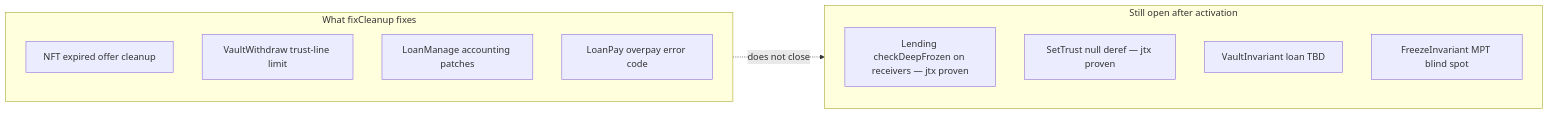
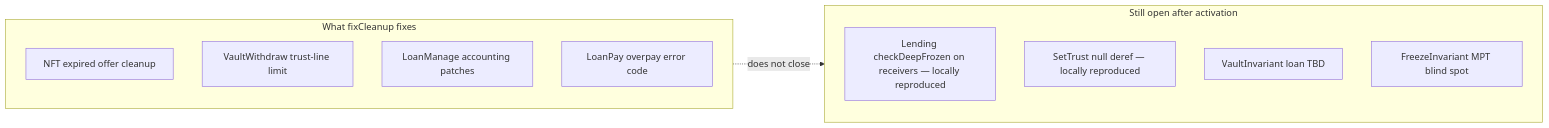
The sixth of 6 diagrams in _posts/2026-05-26-xrpl-rippled-open-p0-freeze-audit.md (agtico/agtico.github.io), drawn with Mermaid before and after one commit. The commit also changed other lines of this file and 1 other file, not shown here.

````diff
--- a/_posts/2026-05-26-xrpl-rippled-open-p0-freeze-audit.md
+++ b/_posts/2026-05-26-xrpl-rippled-open-p0-freeze-audit.md
@@ -301,18 +301,18 @@
 ```mermaid
 flowchart LR
   subgraph marketed [What fixCleanup fixes]
     direction TB
     MC1[NFT expired offer cleanup]
     MC2[VaultWithdraw trust-line limit]
     MC3[LoanManage accounting patches]
     MC4[LoanPay overpay error code]
   end
   subgraph stillopen [Still open after activation]
     direction TB
-    SO1[Lending checkDeepFrozen on receivers — jtx proven]
-    SO2[SetTrust null deref — jtx proven]
+    SO1[Lending checkDeepFrozen on receivers — locally reproduced]
+    SO2[SetTrust null deref — locally reproduced]
     SO3[VaultInvariant loan TBD]
     SO4[FreezeInvariant MPT blind spot]
   end
   marketed -.->|does not close| stillopen
 ```
````
